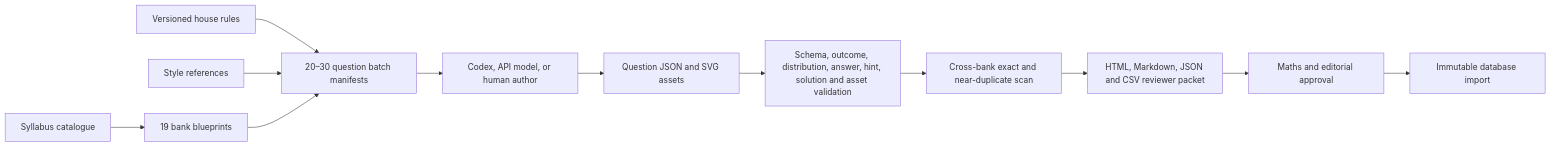
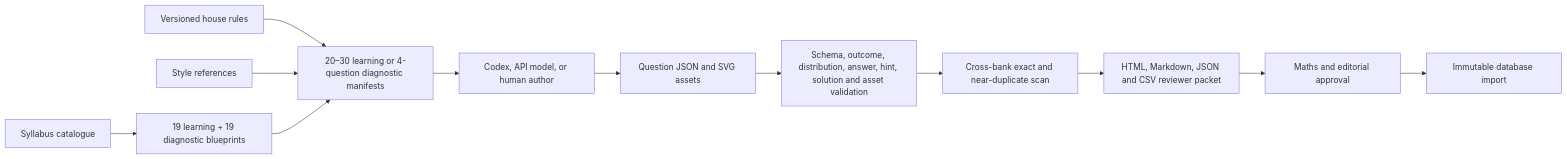
One commit to Willedward/asean_academy changed the diagram in docs/plan/BULK_QUESTION_AUTHORING_PIPELINE.md. Above: the diagram before and after it, drawn with Mermaid. The commit also changed other lines of this file and 71 other files, not shown here.

Commit message:
Support four-question diagnostic authoring banks

````diff
--- a/docs/plan/BULK_QUESTION_AUTHORING_PIPELINE.md
+++ b/docs/plan/BULK_QUESTION_AUTHORING_PIPELINE.md
@@ -7,14 +7,14 @@
 ```mermaid
 flowchart LR
-    S[Syllabus catalogue] --> B[19 bank blueprints]
-    H[Versioned house rules] --> M[20–30 question batch manifests]
+    S[Syllabus catalogue] --> B[19 learning + 19 diagnostic blueprints]
+    H[Versioned house rules] --> M[20–30 learning or 4-question diagnostic manifests]
     P[Style references] --> M
     B --> M
     M --> A[Codex, API model, or human author]
     A --> Q[Question JSON and SVG assets]
     Q --> V[Schema, outcome, distribution, answer, hint, solution and asset validation]
     V --> D[Cross-bank exact and near-duplicate scan]
     D --> E[HTML, Markdown, JSON and CSV reviewer packet]
     E --> R[Maths and editorial approval]
     R --> I[Immutable database import]
 ```
````
